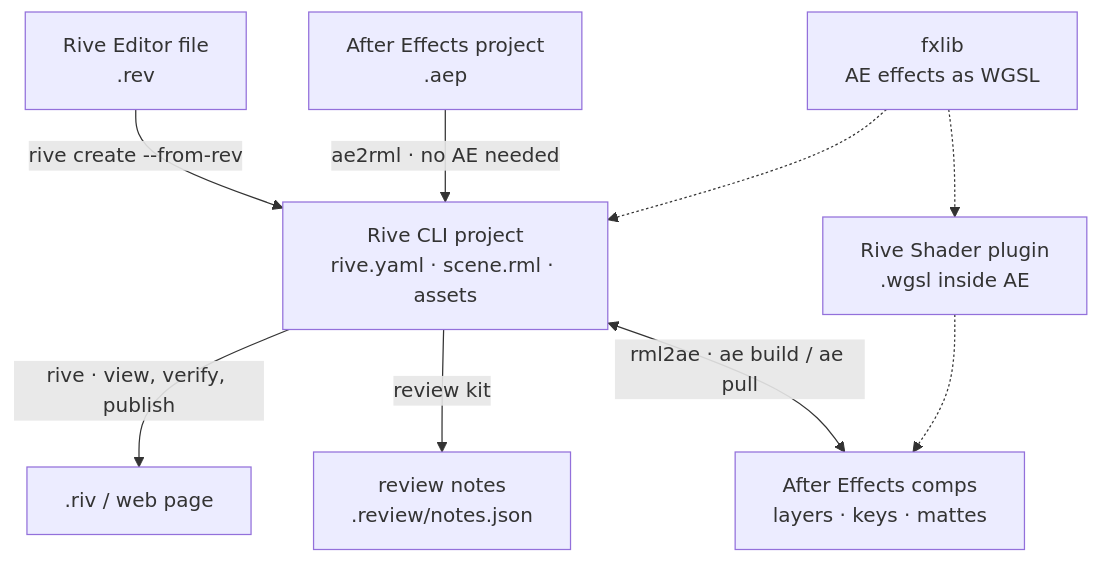
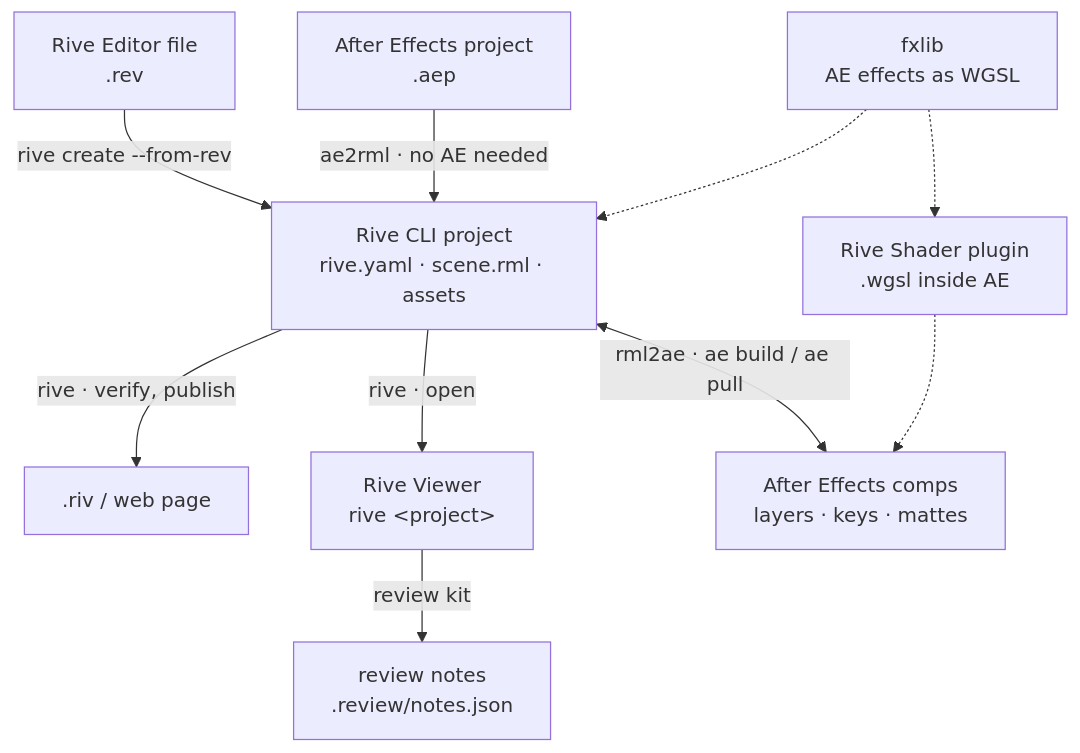
Before and after one commit to mysteropodes/ae-rml-rive-cli: the diagram in README.md, drawn with Mermaid. The commit also changed other lines of this file and 1 other file, not shown here.

First line of the commit message:
README: the review kit runs in the Rive Viewer

````diff
--- a/README.md
+++ b/README.md
@@ -18,20 +19,22 @@
 ```mermaid
 flowchart TB
   REV["Rive Editor file<br/>.rev"]
   AEP["After Effects project<br/>.aep"]
   FX["fxlib<br/>AE effects as WGSL"]
   RML["Rive CLI project<br/>rive.yaml · scene.rml · assets"]
   RIV[".riv / web page"]
+  VIEW["Rive Viewer<br/>rive &lt;project&gt;"]
   NOTES["review notes<br/>.review/notes.json"]
   COMPS["After Effects comps<br/>layers · keys · mattes"]
   SH["Rive Shader plugin<br/>.wgsl inside AE"]
 
   REV -->|"rive create --from-rev"| RML
   AEP -->|"ae2rml · no AE needed"| RML
   FX -.-> RML
-  RML -->|"rive · view, verify, publish"| RIV
-  RML -->|"review kit"| NOTES
+  RML -->|"rive · verify, publish"| RIV
+  RML -->|"rive · open"| VIEW
+  VIEW -->|"review kit"| NOTES
   RML <-->|"rml2ae · ae build / ae pull"| COMPS
   FX -.-> SH
   SH -.-> COMPS
 ```
````
